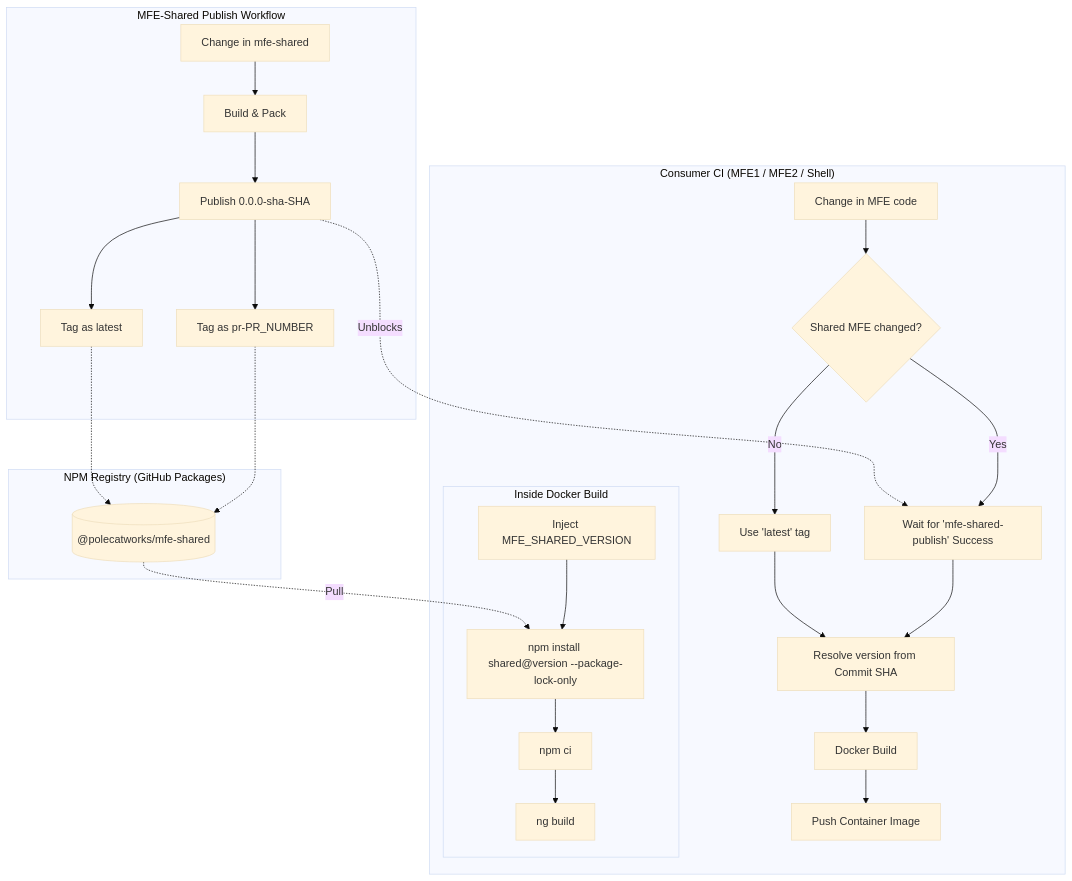
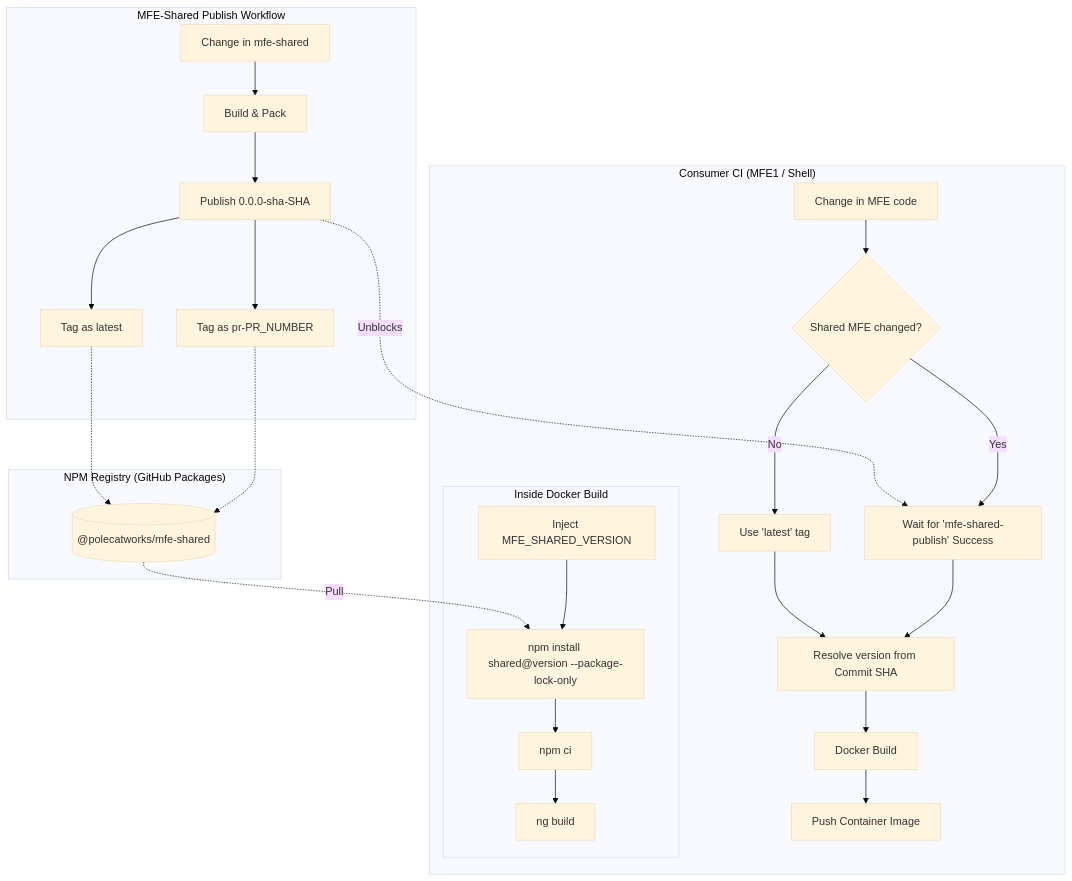
One commit to PolecatWorks/Mfe-shell changed the diagram in mfe-shell-container/projects/mfe-shared/README.md. Above: the diagram before and after it, drawn with Mermaid (base theme). The commit also changed other lines of this file and 58 other files, not shown here.

````diff
--- a/mfe-shell-container/projects/mfe-shared/README.md
+++ b/mfe-shell-container/projects/mfe-shared/README.md
@@ -65,39 +65,39 @@
 ```mermaid
 graph TD
     subgraph "NPM Registry (GitHub Packages)"
         Registry[("@polecatworks/mfe-shared")]
     end
 
     subgraph "MFE-Shared Publish Workflow"
         StartShared[Change in mfe-shared] --> BuildShared[Build & Pack]
         BuildShared --> PublishSHA[Publish 0.0.0-sha-SHA]
         PublishSHA --> TagPR[Tag as pr-PR_NUMBER]
         PublishSHA --> TagLatest[Tag as latest]
         TagPR -.-> Registry
         TagLatest -.-> Registry
     end
 
-    subgraph "Consumer CI (MFE1 / MFE2 / Shell)"
+    subgraph "Consumer CI (MFE1 / Shell)"
         StartConsumer[Change in MFE code] --> DetectDeps{Shared MFE changed?}
         
         DetectDeps -- Yes --> WaitForShared[Wait for 'mfe-shared-publish' Success]
         DetectDeps -- No --> UseLatest[Use 'latest' tag]
 
         WaitForShared --> ResolveVersion[Resolve version from Commit SHA]
         UseLatest --> ResolveVersion
 
         ResolveVersion --> DockerBuild[Docker Build]
         
         subgraph "Inside Docker Build"
             InjectVersion[Inject MFE_SHARED_VERSION] --> UpdateLock[npm install shared@version --package-lock-only]
             UpdateLock --> NPMCI[npm ci]
             NPMCI --> NGBuild[ng build]
         end
         
         DockerBuild --> PushImage[Push Container Image]
     end
 
     %% Dependencies
     PublishSHA -.->|Unblocks| WaitForShared
     Registry -.->|Pull| UpdateLock
 ```
````
